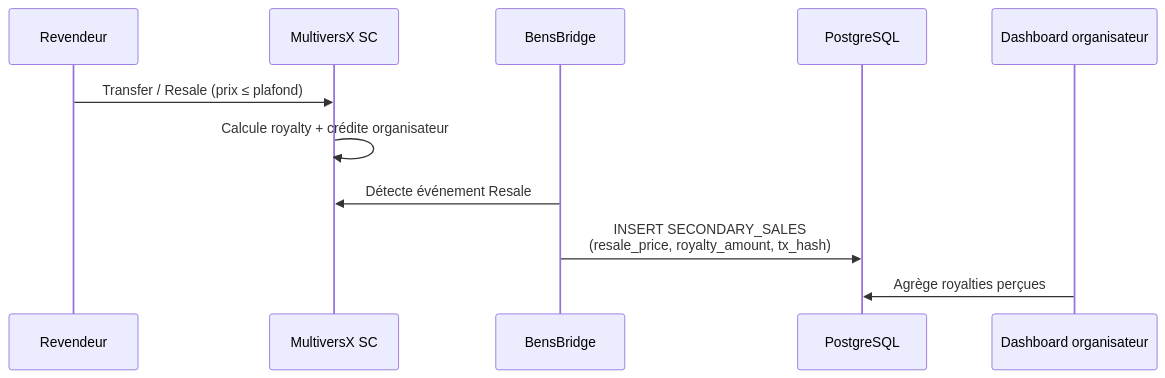
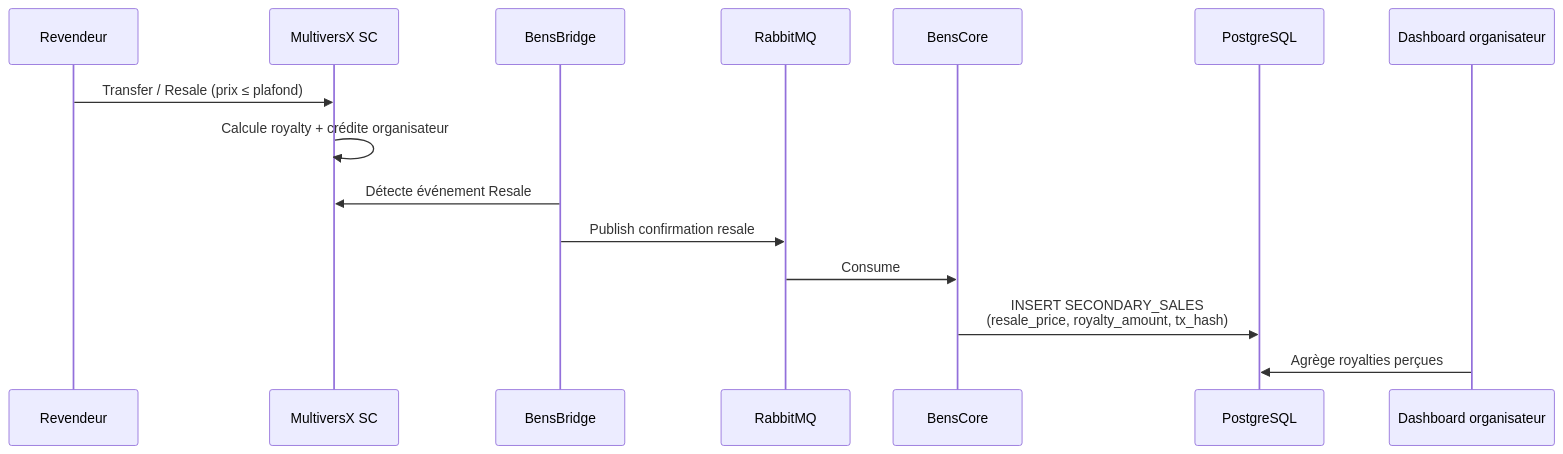
Before and after one commit to 2025-10-CDA-ECO-P6/bens: the third of 4 diagrams in docs/03-conception/architecture.md, drawn with Mermaid. The commit also changed other lines of this file and 7 other files, not shown here.

First line of the commit message:
docs: aligner Core/Contract/Bridge sur la confirmation on-chain via RabbitMQ

````diff
--- a/docs/03-conception/architecture.md
+++ b/docs/03-conception/architecture.md
@@ -271,14 +284,18 @@
 ```mermaid
 sequenceDiagram
     participant Buyer as Revendeur
     participant MX as MultiversX SC
     participant Bridge as BensBridge
+    participant MQ as RabbitMQ
+    participant Core as BensCore
     participant PG as PostgreSQL
     participant Dash as Dashboard organisateur
 
     Buyer->>MX: Transfer / Resale (prix ≤ plafond)
     MX->>MX: Calcule royalty + crédite organisateur
     Bridge->>MX: Détecte événement Resale
-    Bridge->>PG: INSERT SECONDARY_SALES<br/>(resale_price, royalty_amount, tx_hash)
+    Bridge->>MQ: Publish confirmation resale
+    MQ->>Core: Consume
+    Core->>PG: INSERT SECONDARY_SALES<br/>(resale_price, royalty_amount, tx_hash)
     Dash->>PG: Agrège royalties perçues
 ```
````
